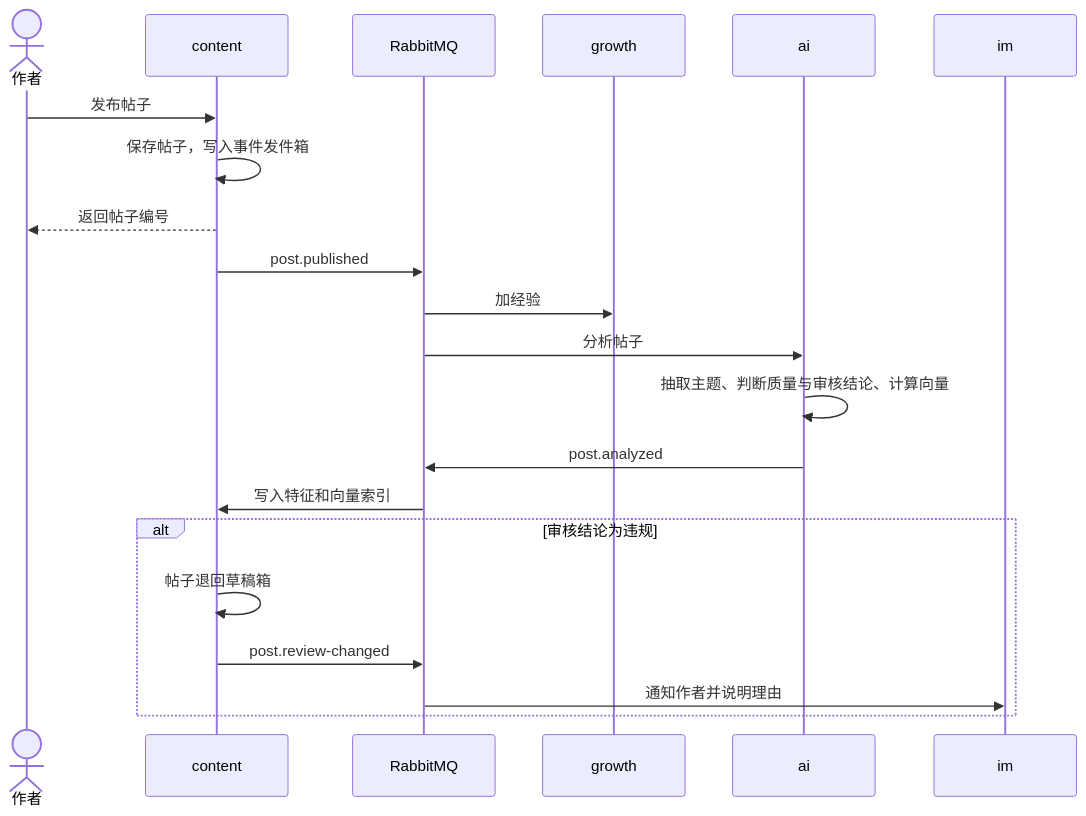
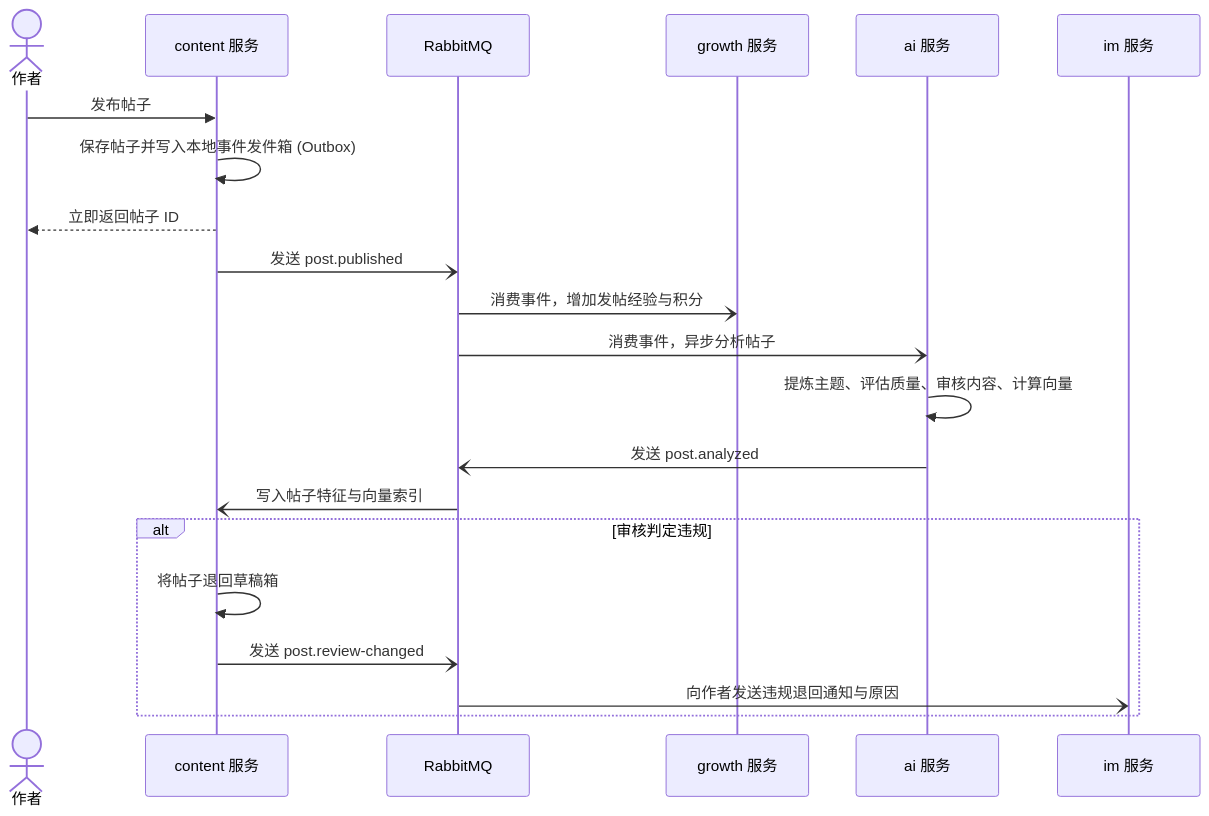
Before and after one commit to pluchon/meng_center: diagram 12 of 14 in README.md, drawn with Mermaid. The commit also changed other lines of this file and 42 other files, not shown here.

Commit message:
feat: 主页加入奶糖桌宠并更新海报，重写 README 和项目截图

````diff
--- a/README.md
+++ b/README.md
@@ -165,23 +316,24 @@
 ```mermaid
 sequenceDiagram
     actor U as 作者
-    participant C as content
+    participant C as content 服务
     participant MQ as RabbitMQ
-    participant G as growth
-    participant A as ai
-    participant I as im
+    participant G as growth 服务
+    participant A as ai 服务
+    participant I as im 服务
+
     U->>C: 发布帖子
-    C->>C: 保存帖子，写入事件发件箱
-    C-->>U: 返回帖子编号
-    C->>MQ: post.published
-    MQ->>G: 加经验
-    MQ->>A: 分析帖子
-    A->>A: 抽取主题、判断质量与审核结论、计算向量
-    A->>MQ: post.analyzed
-    MQ->>C: 写入特征和向量索引
-    alt 审核结论为违规
-        C->>C: 帖子退回草稿箱
-        C->>MQ: post.review-changed
-        MQ->>I: 通知作者并说明理由
+    C->>C: 保存帖子并写入本地事件发件箱 (Outbox)
+    C-->>U: 立即返回帖子 ID
+    C-)MQ: 发送 post.published
+    MQ-)G: 消费事件，增加发帖经验与积分
+    MQ-)A: 消费事件，异步分析帖子
+    A->>A: 提炼主题、评估质量、审核内容、计算向量
+    A-)MQ: 发送 post.analyzed
+    MQ-)C: 写入帖子特征与向量索引
+    alt 审核判定违规
+        C->>C: 将帖子退回草稿箱
+        C-)MQ: 发送 post.review-changed
+        MQ-)I: 向作者发送违规退回通知与原因
     end
 ```
````
